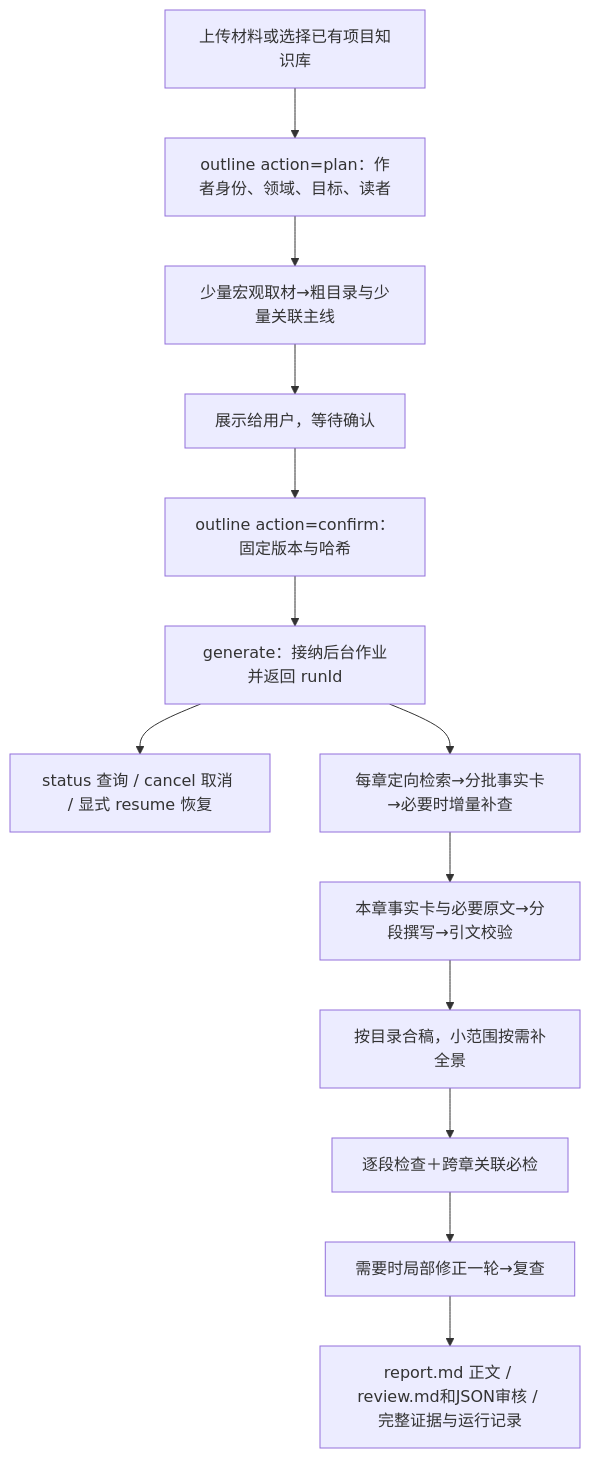
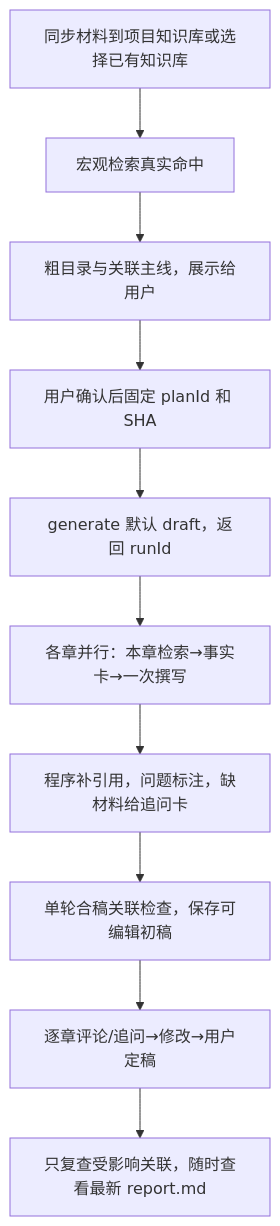
The diagram in README.md (z460046000-ops/WLYD_content), drawn with Mermaid before and after one commit. The commit also changed other lines of this file and 39 other files, not shown here.

````diff
--- a/README.md
+++ b/README.md
@@ -79,15 +93,12 @@
 ```mermaid
 flowchart TD
-    A[上传材料或选择已有项目知识库] --> B[outline action=plan：作者身份、领域、目标、读者]
-    B --> C[少量宏观取材→粗目录与少量关联主线]
-    C --> D[展示给用户，等待确认]
-    D --> E[outline action=confirm：固定版本与哈希]
-    E --> F[generate：接纳后台作业并返回 runId]
-    F --> S[status 查询 / cancel 取消 / 显式 resume 恢复]
-    F --> G[每章定向检索→分批事实卡→必要时增量补查]
-    G --> H[本章事实卡与必要原文→分段撰写→引文校验]
-    H --> I[按目录合稿，小范围按需补全景]
-    I --> J[逐段检查＋跨章关联必检]
-    J --> K[需要时局部修正一轮→复查]
-    K --> L[report.md 正文 / review.md和JSON审核 / 完整证据与运行记录]
+    A[同步材料到项目知识库或选择已有知识库] --> B[宏观检索真实命中]
+    B --> C[粗目录与关联主线，展示给用户]
+    C --> D[用户确认后固定 planId 和 SHA]
+    D --> E[generate 默认 draft，返回 runId]
+    E --> F[各章并行：本章检索→事实卡→一次撰写]
+    F --> G[程序补引用，问题标注，缺材料给追问卡]
+    G --> H[单轮合稿关联检查，保存可编辑初稿]
+    H --> I[逐章评论/追问→修改→用户定稿]
+    I --> J[只复查受影响关联，随时查看最新 report.md]
 ```
````
